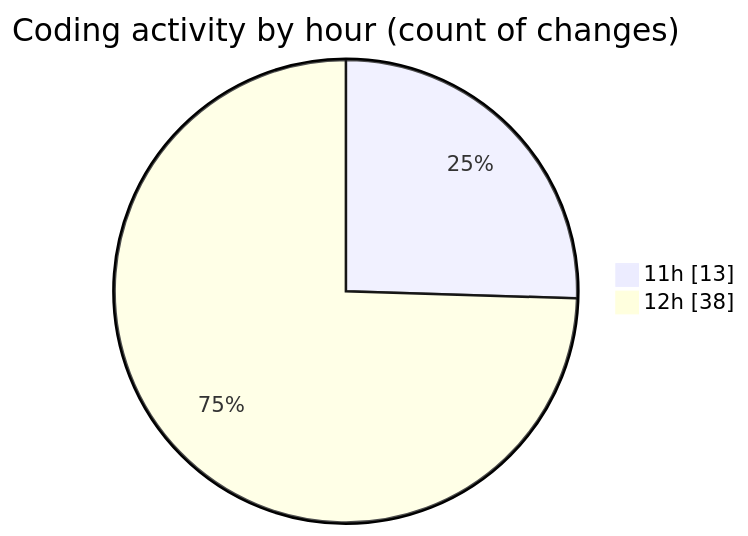
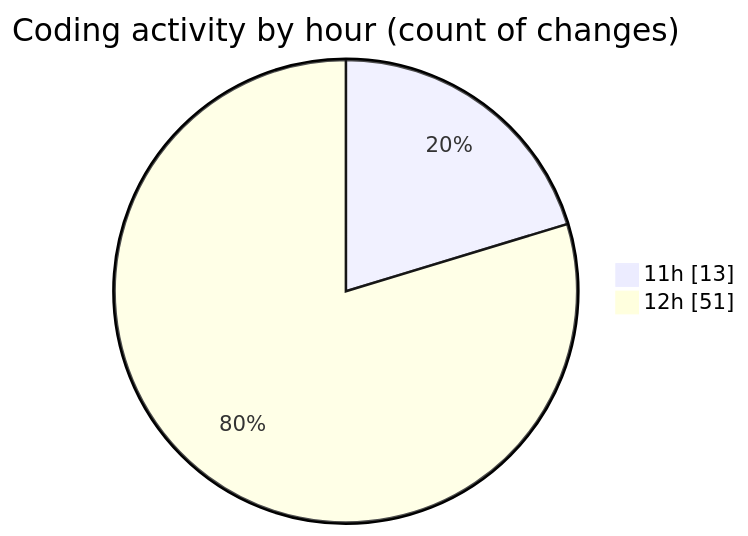
One commit to nxtqubesakshisongat/code-tracking changed the second of 2 diagrams in 2026-06-17/nxtqube_webapp/README.md. Above: the diagram before and after it, drawn with Mermaid. The commit also changed other lines of this file and 1 other file, not shown here.

````diff
--- a/2026-06-17/nxtqube_webapp/README.md
+++ b/2026-06-17/nxtqube_webapp/README.md
@@ -38,6 +39,6 @@
 ```mermaid
 pie showData
 title Coding activity by hour (count of changes)
 "11h" : 13
-"12h" : 38
+"12h" : 51
 ```
````
